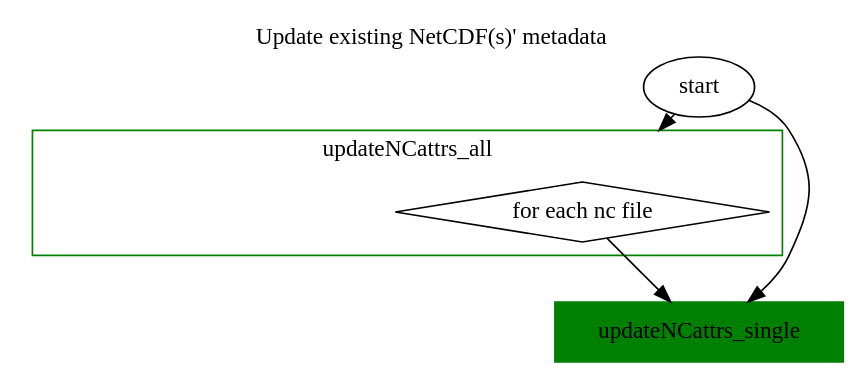
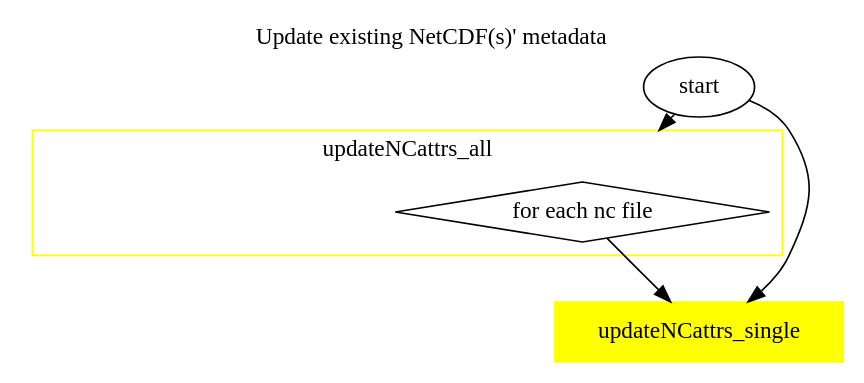
The diagram in docs/source/flow_ncMeta.dot (sarahheim/ncObjects), drawn with Graphviz before and after one commit.

Commit message:
added a couple hrefs in flowchart

```diff
--- a/docs/source/flow_ncMeta.dot
+++ b/docs/source/flow_ncMeta.dot
@@ -1,18 +1,18 @@
 digraph Workflow {
   labelloc="t";
   label="Update existing NetCDF(s)' metadata"
   compound=true;
 
 
   start -> updateAll[lhead=cluster__updateNCattrs_all];
   start -> updateNCattrs_single;
-  updateNCattrs_single [shape=box,style=filled, color=green];
+  updateNCattrs_single [shape=box,style=filled, color=yellow, href="#nc.NC.updateNCattrs_single"];
 
   subgraph cluster__updateNCattrs_all {
-    label="updateNCattrs_all" shape=box color=green
+    label="updateNCattrs_all" shape=box color=yellow href="#nc.NC.updateNCattrs_all"
     updateNCattrs_all [style="invis"];
     updateAll [shape=diamond, label="for each nc file"];
   }
 
   updateAll -> updateNCattrs_single;
 }
```
